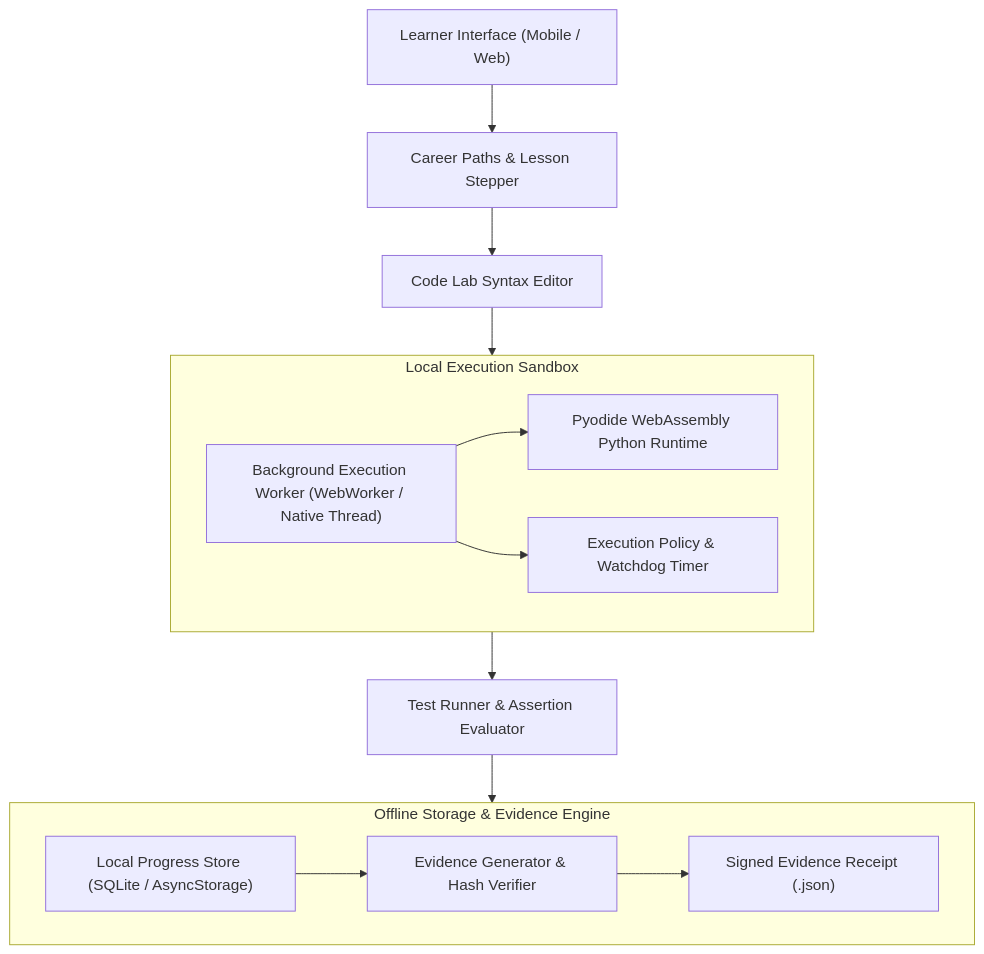
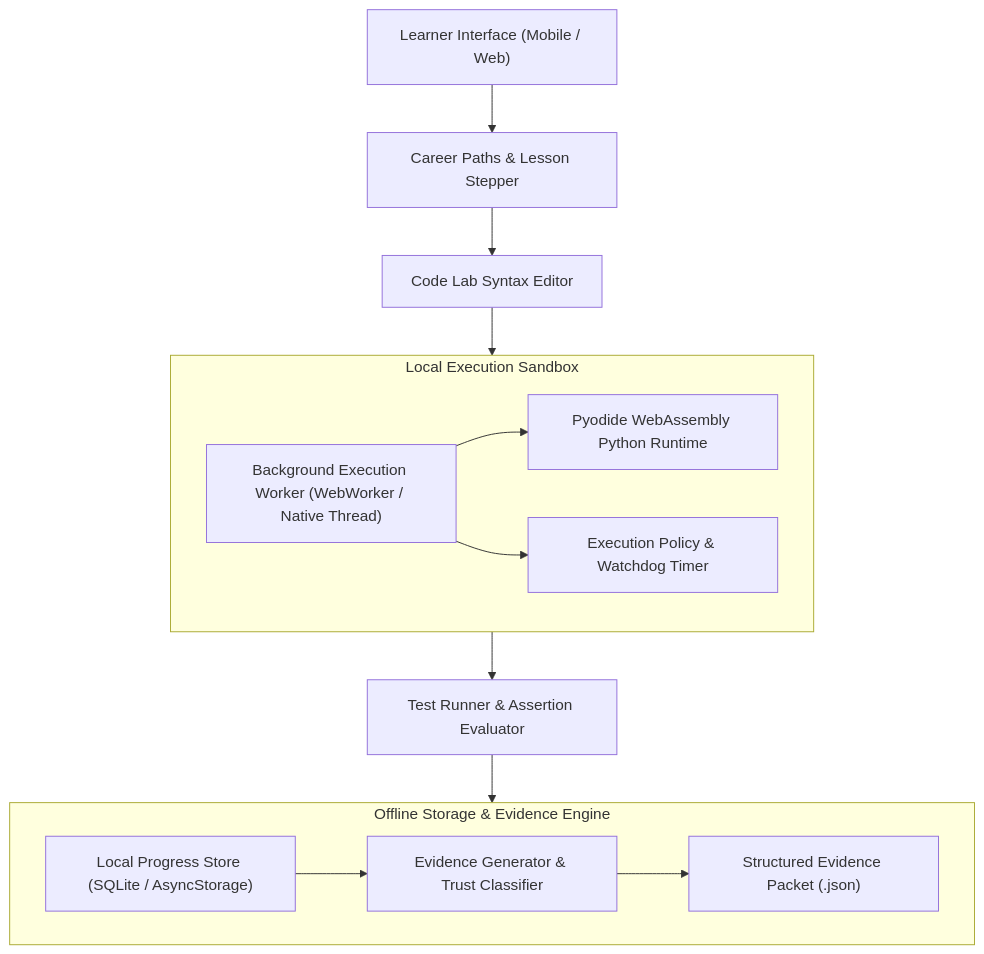
Before and after one commit to gthgomez/gthgomez: the diagram in docs/case-studies/proofpath.md, drawn with Mermaid. The commit also changed other lines of this file and 16 other files, not shown here.

````diff
--- a/docs/case-studies/proofpath.md
+++ b/docs/case-studies/proofpath.md
@@ -32,28 +32,28 @@
 ```mermaid
 flowchart TD
     User["Learner Interface (Mobile / Web)"] --> Navigation["Career Paths & Lesson Stepper"]
     Navigation --> Editor["Code Lab Syntax Editor"]
     
     subgraph Sandbox ["Local Execution Sandbox"]
         Worker["Background Execution Worker (WebWorker / Native Thread)"]
         WASM["Pyodide WebAssembly Python Runtime"]
         Policy["Execution Policy & Watchdog Timer"]
         
         Worker --> WASM
         Worker --> Policy
     end
     
     Editor --> Sandbox
     Sandbox --> Verifier["Test Runner & Assertion Evaluator"]
     
     subgraph Persistence ["Offline Storage & Evidence Engine"]
         Store["Local Progress Store (SQLite / AsyncStorage)"]
-        Provenance["Evidence Generator & Hash Verifier"]
-        Export["Signed Evidence Receipt (.json)"]
+        Provenance["Evidence Generator & Trust Classifier"]
+        Export["Structured Evidence Packet (.json)"]
         
         Store --> Provenance
         Provenance --> Export
     end
     
     Verifier --> Persistence
 ```
````
